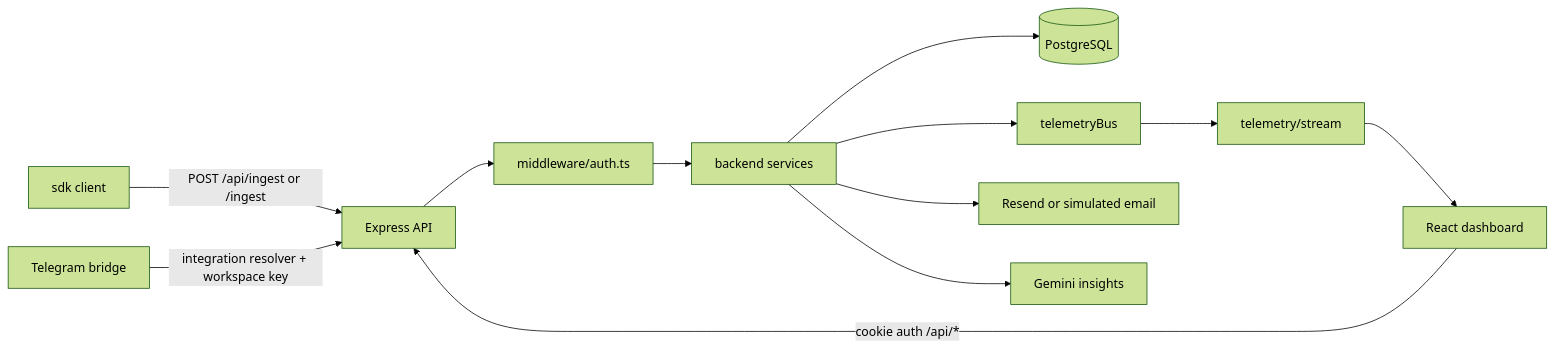
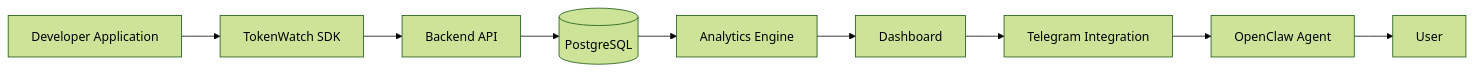
One commit to ZainabTravadi/Token-Watcher-AI-API-Cost-Tracker changed the diagram in docs/architecture.md. Above: the diagram before and after it, drawn with Mermaid (forest theme). The commit also changed other lines of this file and 24 other files, not shown here.

````diff
--- a/docs/architecture.md
+++ b/docs/architecture.md
@@ -5,14 +19,14 @@
 ```mermaid
 flowchart LR
-  SDK[sdk client] -->|POST /api/ingest or /ingest| API[Express API]
-  Browser[React dashboard] -->|cookie auth /api/*| API
-  OpenClaw[Telegram bridge] -->|integration resolver + workspace key| API
-  API --> Auth[middleware/auth.ts]
-  Auth --> Services[backend services]
-  Services --> DB[(PostgreSQL)]
-  Services --> Bus[telemetryBus]
-  Bus --> SSE[telemetry/stream]
-  SSE --> Browser
-  Services --> Email[Resend or simulated email]
-  Services --> Gemini[Gemini insights]
+  App[Developer Application]
+  SDK[TokenWatch SDK]
+  API[Backend API]
+  DB[(PostgreSQL)]
+  Engine[Analytics Engine]
+  Dash[Dashboard]
+  TG[Telegram Integration]
+  OC[OpenClaw Agent]
+  User[User]
+
+  App --> SDK --> API --> DB --> Engine --> Dash --> TG --> OC --> User
 ```
````
